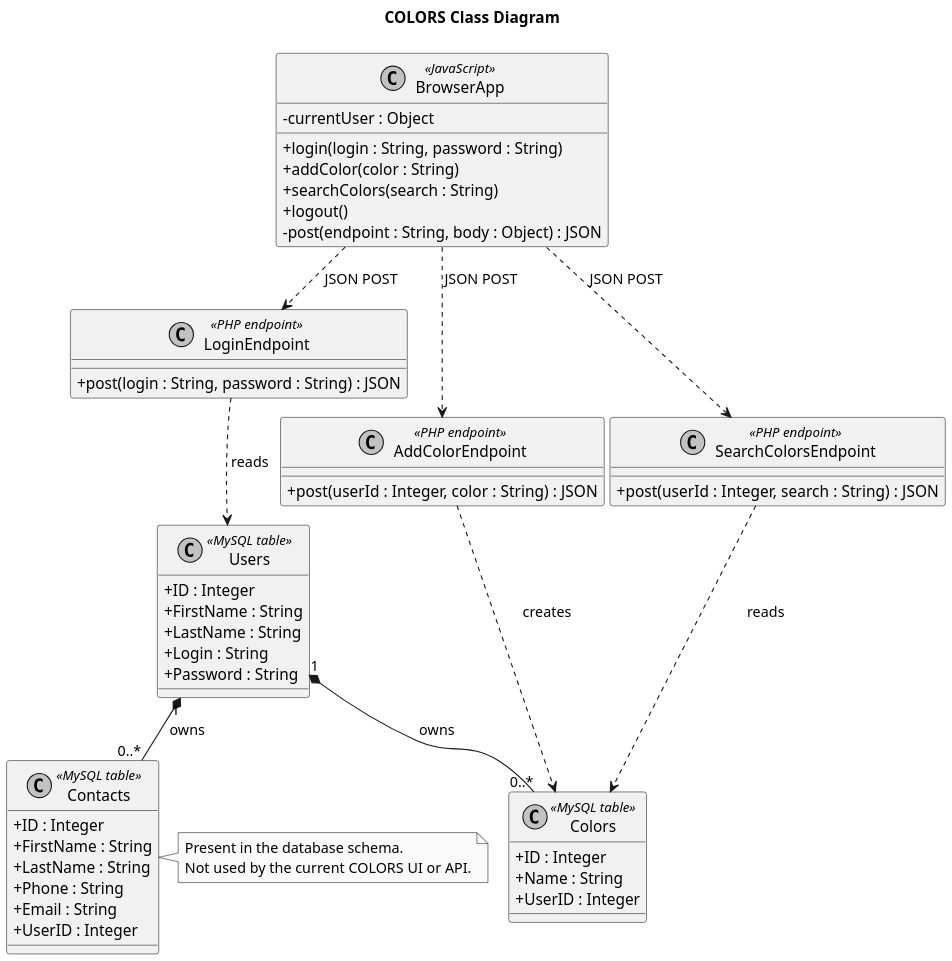
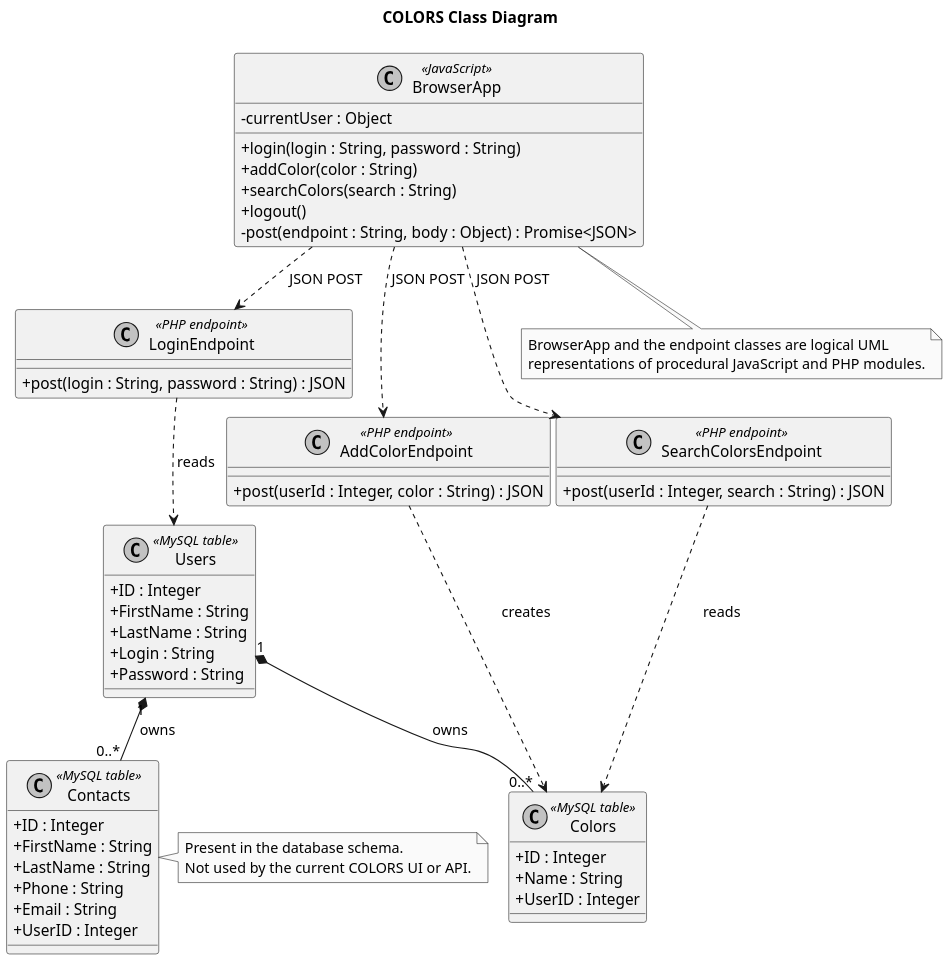
The diagram in docs/uml/class.puml (IbrahimShaqqou/colors-lamp), drawn with PlantUML before and after one commit. The commit also changed 5 other files, not shown here.

Commit message:
Correct UML diagram details

```diff
--- a/docs/uml/class.puml
+++ b/docs/uml/class.puml
@@ -1,71 +1,76 @@
 @startuml
 !pragma layout smetana
 title COLORS Class Diagram
 
 skinparam monochrome true
 skinparam shadowing false
 skinparam backgroundColor white
 skinparam classAttributeIconSize 0
 skinparam dpi 160
 
 class BrowserApp <<JavaScript>> {
   - currentUser : Object
   + login(login : String, password : String)
   + addColor(color : String)
   + searchColors(search : String)
   + logout()
-  - post(endpoint : String, body : Object) : JSON
+  - post(endpoint : String, body : Object) : Promise<JSON>
 }
 
 class LoginEndpoint <<PHP endpoint>> {
   + post(login : String, password : String) : JSON
 }
 
 class AddColorEndpoint <<PHP endpoint>> {
   + post(userId : Integer, color : String) : JSON
 }
 
 class SearchColorsEndpoint <<PHP endpoint>> {
   + post(userId : Integer, search : String) : JSON
 }
 
 class Users <<MySQL table>> {
   + ID : Integer
   + FirstName : String
   + LastName : String
   + Login : String
   + Password : String
 }
 
 class Colors <<MySQL table>> {
   + ID : Integer
   + Name : String
   + UserID : Integer
 }
 
 class Contacts <<MySQL table>> {
   + ID : Integer
   + FirstName : String
   + LastName : String
   + Phone : String
   + Email : String
   + UserID : Integer
 }
 
 BrowserApp ..> LoginEndpoint : JSON POST
 BrowserApp ..> AddColorEndpoint : JSON POST
 BrowserApp ..> SearchColorsEndpoint : JSON POST
 
 LoginEndpoint ..> Users : reads
 AddColorEndpoint ..> Colors : creates
 SearchColorsEndpoint ..> Colors : reads
 
 Users "1" *-- "0..*" Colors : owns
 Users "1" *-- "0..*" Contacts : owns
 
 note right of Contacts
   Present in the database schema.
   Not used by the current COLORS UI or API.
 end note
 
+note bottom of BrowserApp
+  BrowserApp and the endpoint classes are logical UML
+  representations of procedural JavaScript and PHP modules.
+end note
+
 @enduml
```
